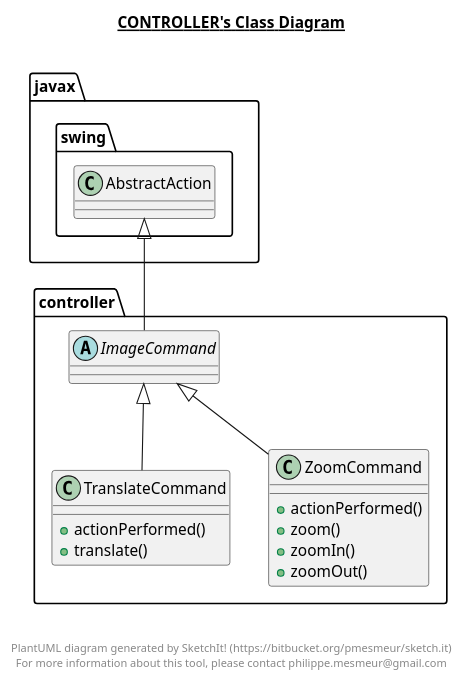
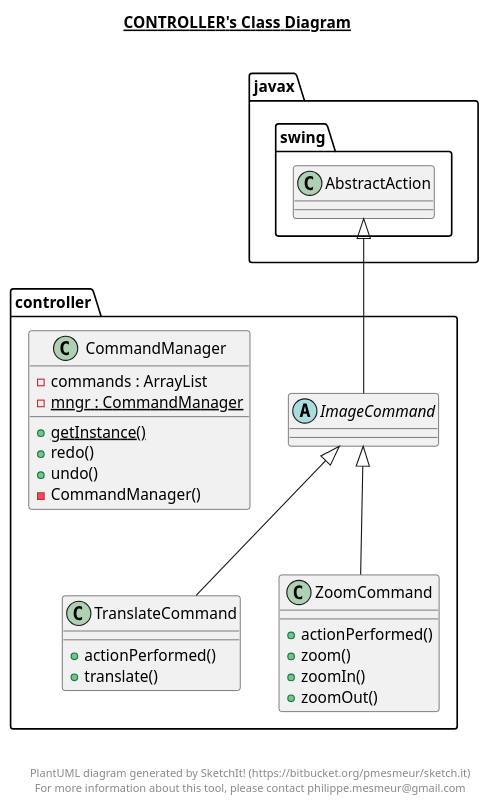
The diagram in src/controller/controller.plantuml (ThoLavergne/LOG121Lab3), drawn with PlantUML before and after one commit. The commit also changed 9 other files, not shown here.

Commit message:
Dernier diagramme + squelette modifié

```diff
--- a/src/controller/controller.plantuml
+++ b/src/controller/controller.plantuml
@@ -1,41 +1,53 @@
 @startuml
 
 title __CONTROLLER's Class Diagram__\n
+
+  namespace controller {
+    class controller.CommandManager {
+        - commands : ArrayList
+        {static} - mngr : CommandManager
+        {static} + getInstance()
+        + redo()
+        + undo()
+        - CommandManager()
+    }
+  }
+  
 
   namespace controller {
     abstract class controller.ImageCommand {
     }
   }
   
 
   namespace controller {
     class controller.TranslateCommand {
         + actionPerformed()
         + translate()
     }
   }
   
 
   namespace controller {
     class controller.ZoomCommand {
         + actionPerformed()
         + zoom()
         + zoomIn()
         + zoomOut()
     }
   }
   
 
   controller.ImageCommand -up-|> javax.swing.AbstractAction
   controller.TranslateCommand -up-|> controller.ImageCommand
   controller.ZoomCommand -up-|> controller.ImageCommand
 
 
 right footer
 
 
 PlantUML diagram generated by SketchIt! (https://bitbucket.org/pmesmeur/sketch.it)
 For more information about this tool, please contact philippe.mesmeur@gmail.com
 endfooter
 
 @enduml
```
